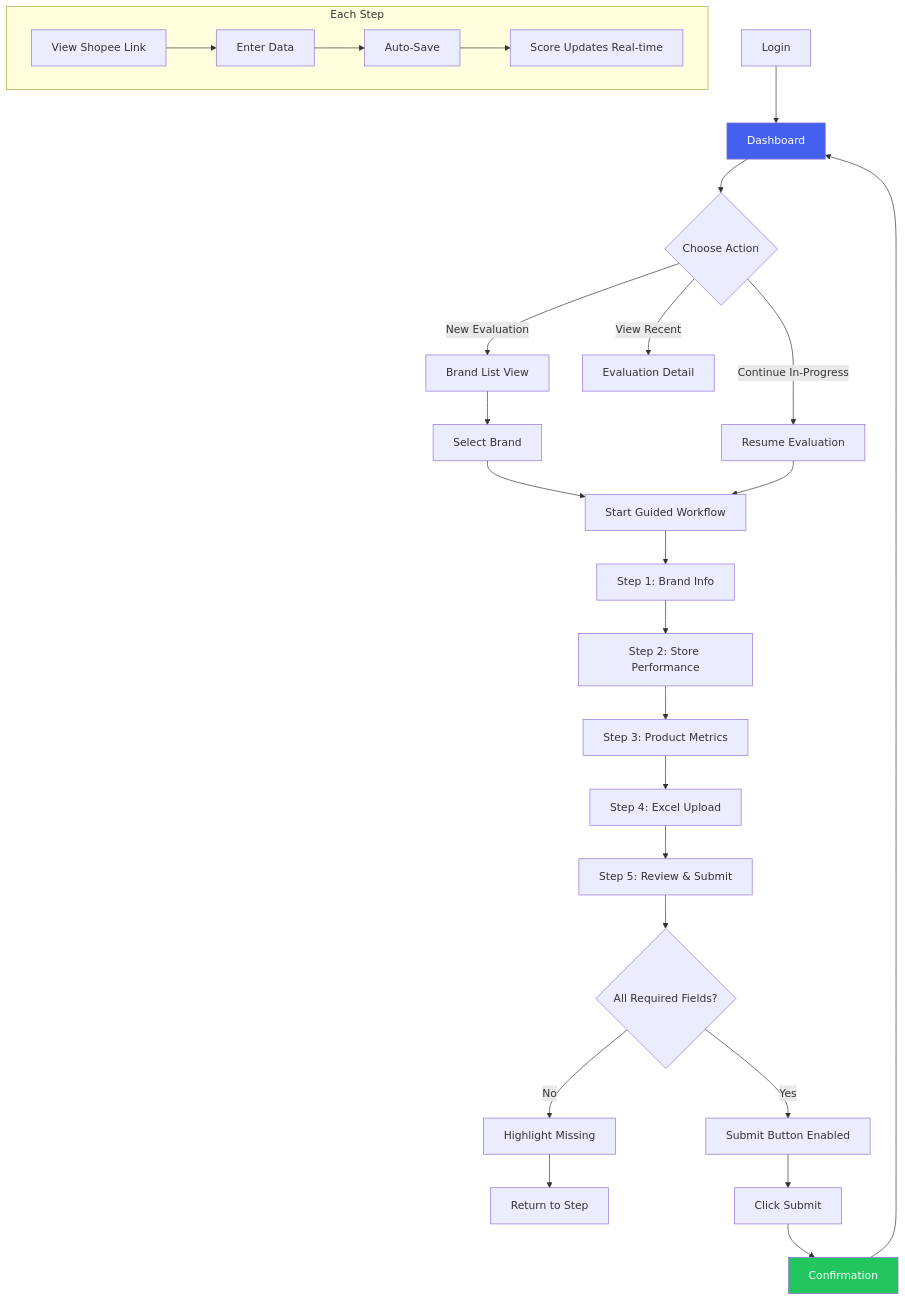
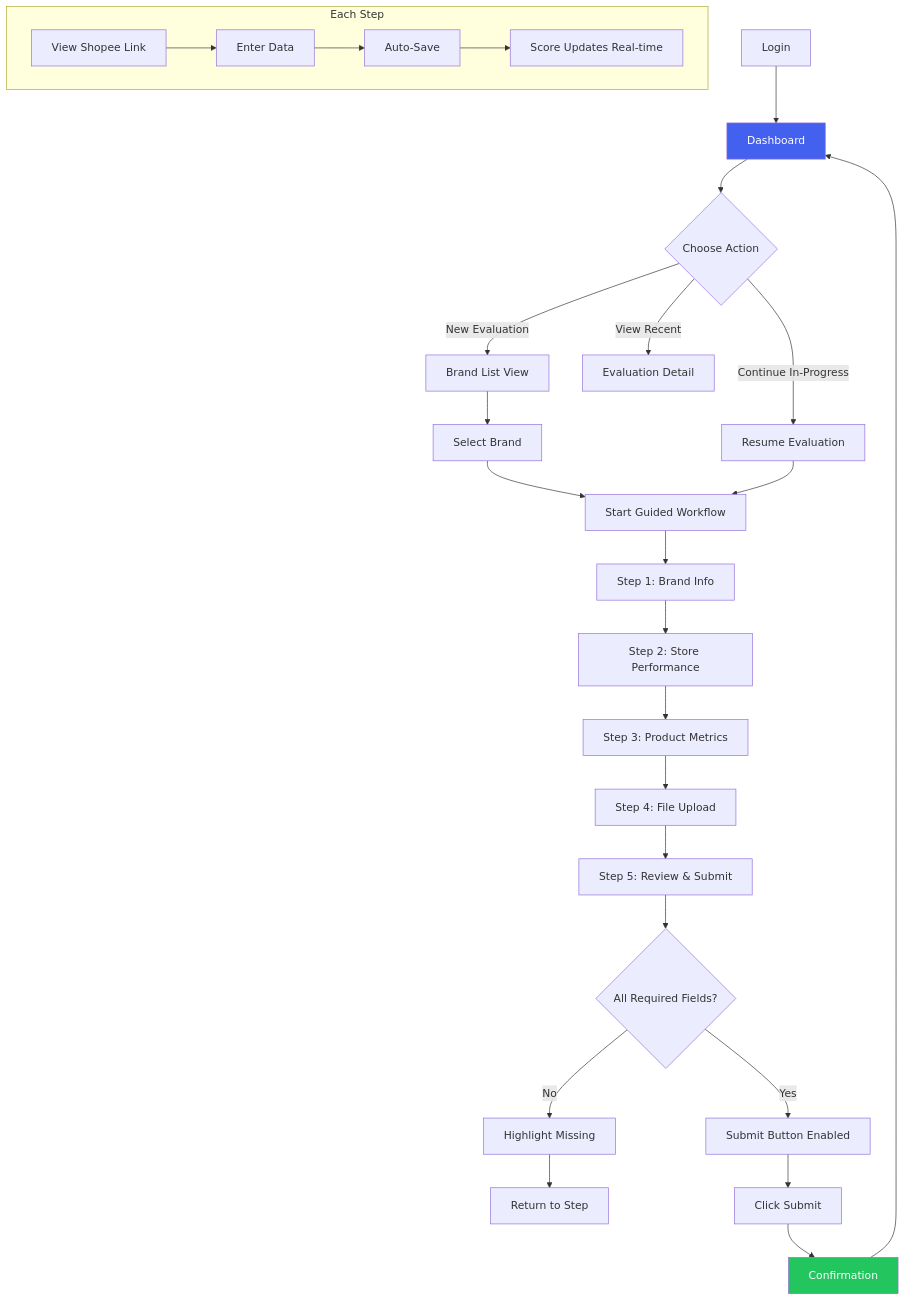
One commit to mrdoorba/aha_sicu changed the first of 3 diagrams in _bmad-output/planning-artifacts/ux-design-specification.md. Above: the diagram before and after it, drawn with Mermaid. The commit also changed other lines of this file and 3 other files, not shown here.

````diff
--- a/_bmad-output/planning-artifacts/ux-design-specification.md
+++ b/_bmad-output/planning-artifacts/ux-design-specification.md
@@ -750,36 +750,36 @@
 ```mermaid
 flowchart TD
     A[Login] --> B[Dashboard]
     B --> C{Choose Action}
     C -->|New Evaluation| D[Brand List View]
     C -->|Continue In-Progress| E[Resume Evaluation]
     C -->|View Recent| F[Evaluation Detail]
 
     D --> G[Select Brand]
     G --> H[Start Guided Workflow]
 
     E --> H
 
     H --> I[Step 1: Brand Info]
     I --> J[Step 2: Store Performance]
     J --> K[Step 3: Product Metrics]
-    K --> L[Step 4: Excel Upload]
+    K --> L[Step 4: File Upload]
     L --> M[Step 5: Review & Submit]
 
     subgraph "Each Step"
         N[View Shopee Link] --> O[Enter Data]
         O --> P[Auto-Save]
         P --> Q[Score Updates Real-time]
     end
 
     M --> R{All Required Fields?}
     R -->|No| S[Highlight Missing]
     S --> T[Return to Step]
     R -->|Yes| U[Submit Button Enabled]
     U --> V[Click Submit]
     V --> W[Confirmation]
     W --> B
 
     style B fill:#4361EE,color:#fff
     style W fill:#22C55E,color:#fff
 ```
````
